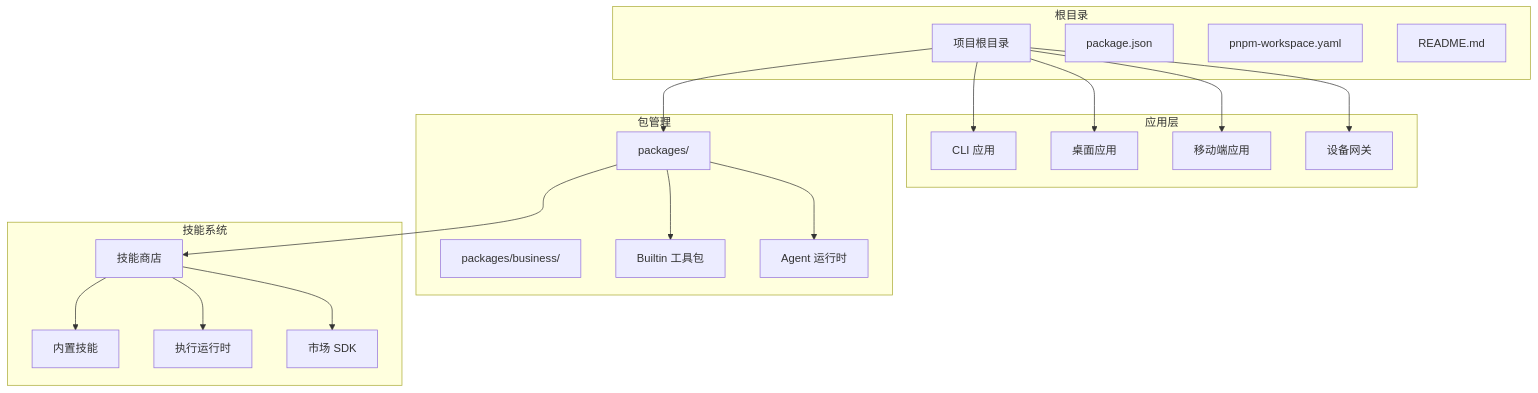
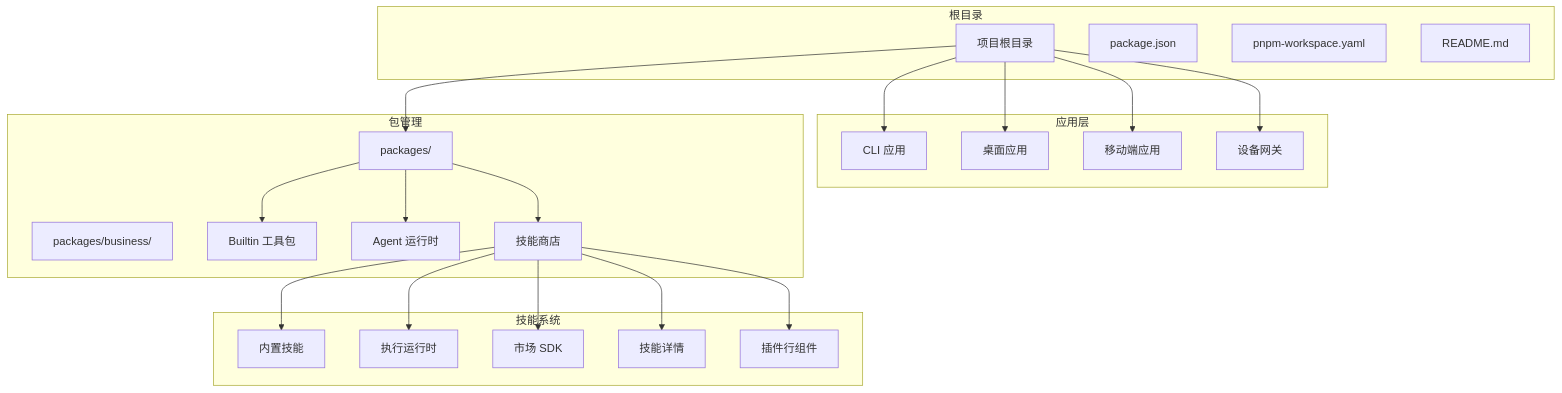
Before and after one commit to AvatoLabs/avato: the first of 10 diagrams in .qoder/repowiki/zh/content/核心功能模块/技能市场系统/技能市场系统.md, drawn with Mermaid. The commit also changed other lines of this file and 7 other files, not shown here.

````diff
--- a/.qoder/repowiki/zh/content/核心功能模块/技能市场系统/技能市场系统.md
+++ b/.qoder/repowiki/zh/content/核心功能模块/技能市场系统/技能市场系统.md
@@ -39,38 +64,43 @@
 ```mermaid
 graph TB
 subgraph "根目录"
 Root[项目根目录]
 PackageJSON[package.json]
 Workspace[pnpm-workspace.yaml]
 README[README.md]
 end
 subgraph "应用层"
 CLI[CLI 应用]
 Desktop[桌面应用]
 Mobile[移动端应用]
 DeviceGateway[设备网关]
 end
 subgraph "包管理"
 Packages[packages/]
 Business[packages/business/]
 Builtin[Builtin 工具包]
 AgentRuntime[Agent 运行时]
+SkillStore[技能商店]
 end
 subgraph "技能系统"
 SkillStore[技能商店]
 BuiltinSkills[内置技能]
 ExecutionRuntime[执行运行时]
 MarketSDK[市场 SDK]
+SkillDetail[技能详情]
+AgentSkillItem[插件行组件]
 end
 Root --> CLI
 Root --> Desktop
 Root --> Mobile
 Root --> DeviceGateway
 Root --> Packages
 Packages --> Builtin
 Packages --> AgentRuntime
 Packages --> SkillStore
 SkillStore --> BuiltinSkills
 SkillStore --> ExecutionRuntime
 SkillStore --> MarketSDK
+SkillStore --> SkillDetail
+SkillStore --> AgentSkillItem
 ```
````
